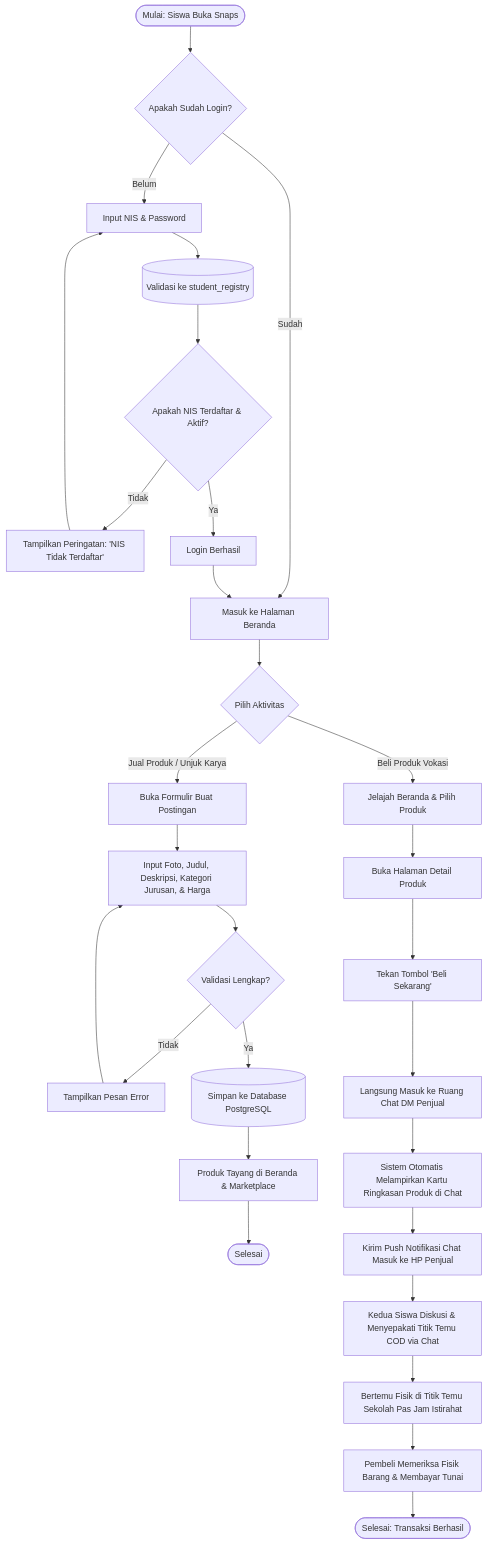
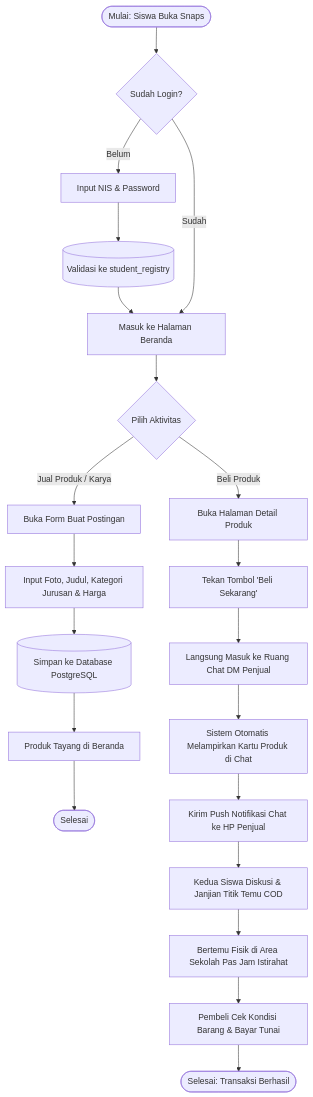
The diagram in docs/bab3/03_diagram_flowchart_sistem.md (HelloRayy/snaps), drawn with Mermaid before and after one commit. The commit also changed 3 other files, not shown here.

Commit message:
docs(bab3): clean up flowchart layout into symmetrical parallel branches

````diff
--- a/docs/bab3/03_diagram_flowchart_sistem.md
+++ b/docs/bab3/03_diagram_flowchart_sistem.md
@@ -16,36 +16,31 @@
 ```mermaid
 flowchart TD
-    Start([Mulai: Siswa Buka Snaps]) --> CheckAuth{Apakah Sudah Login?}
-    CheckAuth -- Belum --> InputNIS[Input NIS & Password]
-    InputNIS --> ValidateRegistry[(Validasi ke student_registry)]
-    ValidateRegistry --> CheckNISValid{Apakah NIS Terdaftar & Aktif?}
-    CheckNISValid -- Tidak --> ShowAlertAuth[Tampilkan Peringatan: 'NIS Tidak Terdaftar'] --> InputNIS
-    CheckNISValid -- Ya --> LoginSuccess[Login Berhasil]
+    Start([Mulai: Siswa Buka Snaps]) --> CheckAuth{Sudah Login?}
     
-    CheckAuth -- Sudah --> LoadHome[Masuk ke Halaman Beranda]
-    LoginSuccess --> LoadHome
+    %% Alur Login Sederhana
+    CheckAuth -- Belum --> FormLogin[Input NIS & Password]
+    FormLogin --> ValidasiLogin[(Validasi ke student_registry)]
+    ValidasiLogin --> Beranda[Masuk ke Halaman Beranda]
+    CheckAuth -- Sudah --> Beranda
 
-    LoadHome --> UserNavChoice{Pilih Aktivitas}
+    %% Pilihan Menu Utama
+    Beranda --> PilihAksi{Pilih Aktivitas}
 
-    %% JALUR PENJUAL
-    UserNavChoice -- Jual Produk / Unjuk Karya --> OpenCreatePost[Buka Formulir Buat Postingan]
-    OpenCreatePost --> FillProductData[Input Foto, Judul, Deskripsi, Kategori Jurusan, & Harga]
-    FillProductData --> ValidateInput{Validasi Lengkap?}
-    ValidateInput -- Tidak --> ShowErrorForm[Tampilkan Pesan Error] --> FillProductData
-    ValidateInput -- Ya --> InsertProductDB[(Simpan ke Database PostgreSQL)]
-    InsertProductDB --> PostBroadcast[Produk Tayang di Beranda & Marketplace] --> EndSellerWait([Selesai])
+    %% JALUR 1: JUAL KARYA (KIRI)
+    PilihAksi -- Jual Produk / Karya --> FormJual[Buka Form Buat Postingan]
+    FormJual --> InputJual[Input Foto, Judul, Kategori Jurusan & Harga]
+    InputJual --> SimpanPost[(Simpan ke Database PostgreSQL)]
+    SimpanPost --> TayangPost[Produk Tayang di Beranda]
+    TayangPost --> SelesaiJual([Selesai])
 
-    %% JALUR PEMBELI
-    UserNavChoice -- Beli Produk Vokasi --> BrowseMarket[Jelajah Beranda & Pilih Produk]
-    BrowseMarket --> OpenDetail[Buka Halaman Detail Produk]
-    OpenDetail --> TapBuy[Tekan Tombol 'Beli Sekarang']
-    
-    TapBuy --> DirectToDM[Langsung Masuk ke Ruang Chat DM Penjual]
-    DirectToDM --> AttachProductCard[Sistem Otomatis Melampirkan Kartu Ringkasan Produk di Chat]
-    AttachProductCard --> TriggerPushNotif[Kirim Push Notifikasi Chat Masuk ke HP Penjual]
-    TriggerPushNotif --> ChatAgreement[Kedua Siswa Diskusi & Menyepakati Titik Temu COD via Chat]
-    
-    ChatAgreement --> MeetPhysicalCOD[Bertemu Fisik di Titik Temu Sekolah Pas Jam Istirahat]
-    MeetPhysicalCOD --> CompleteVerification[Pembeli Memeriksa Fisik Barang & Membayar Tunai]
-    CompleteVerification --> EndFinish([Selesai: Transaksi Berhasil])
+    %% JALUR 2: BELI PRODUK (KANAN)
+    PilihAksi -- Beli Produk --> BukaDetail[Buka Halaman Detail Produk]
+    BukaDetail --> KlikBeli[Tekan Tombol 'Beli Sekarang']
+    KlikBeli --> MasukChat[Langsung Masuk ke Ruang Chat DM Penjual]
+    MasukChat --> TempelProduk[Sistem Otomatis Melampirkan Kartu Produk di Chat]
+    TempelProduk --> NotifPenjual[Kirim Push Notifikasi Chat ke HP Penjual]
+    NotifPenjual --> JanjianCOD[Kedua Siswa Diskusi & Janjian Titik Temu COD]
+    JanjianCOD --> KetemuCOD[Bertemu Fisik di Area Sekolah Pas Jam Istirahat]
+    KetemuCOD --> BayarTunai[Pembeli Cek Kondisi Barang & Bayar Tunai]
+    BayarTunai --> SelesaiBeli([Selesai: Transaksi Berhasil])
 ```
````
